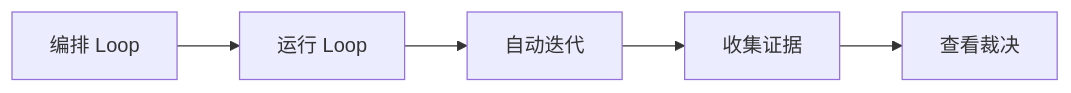
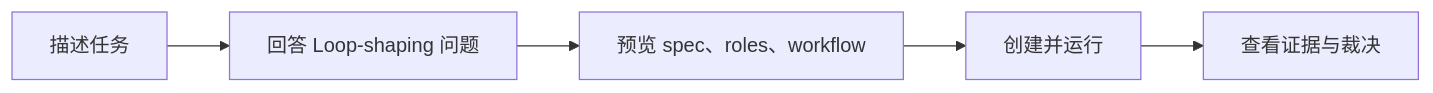
Before and after one commit to huyusong10/Liminal: the fifth of 5 diagrams in README.zh-CN.md, drawn with Mermaid. The commit also changed other lines of this file and 6 other files, not shown here.

````diff
--- a/README.zh-CN.md
+++ b/README.zh-CN.md
@@ -118,7 +182,7 @@
 ```mermaid
 flowchart LR
-    A["编排 Loop"] --> B["运行 Loop"]
-    B --> C["自动迭代"]
-    C --> D["收集证据"]
-    D --> E["查看裁决"]
+    A["描述任务"] --> B["回答 Loop-shaping 问题"]
+    B --> C["预览 spec、roles、workflow"]
+    C --> D["创建并运行"]
+    D --> E["查看证据与裁决"]
 ```
````
